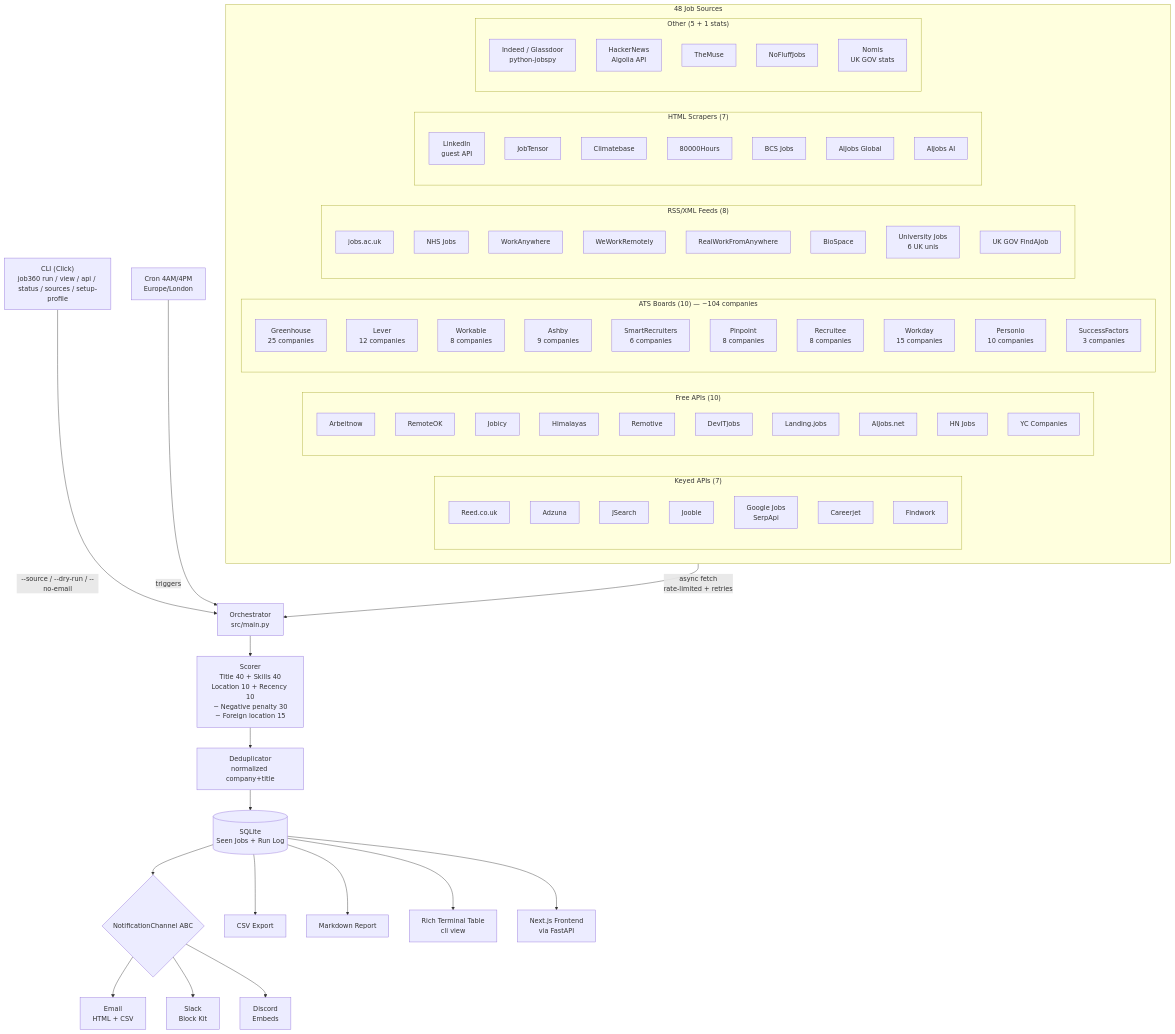
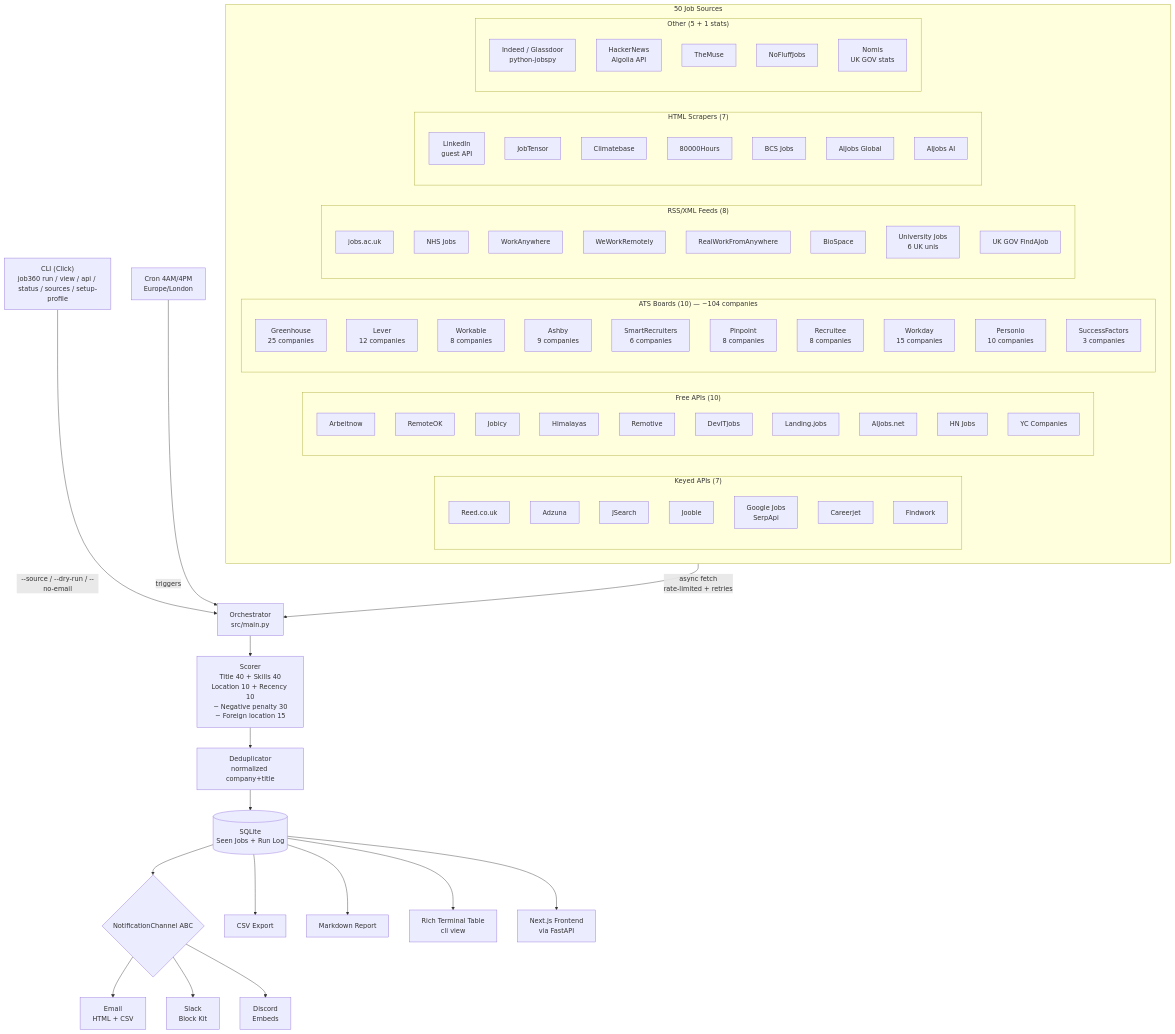
Before and after one commit to Ranjith36963/enterprise-mcp-hub: the diagram in README.md, drawn with Mermaid. The commit also changed other lines of this file and 44 other files, not shown here.

```diff
--- a/README.md
+++ b/README.md
@@ -9,7 +13,7 @@
     CLI["CLI (Click)\njob360 run / view / api / status / sources / setup-profile"]
     Cron["Cron 4AM/4PM\nEurope/London"]
 
-    subgraph Sources["48 Job Sources"]
+    subgraph Sources["50 Job Sources"]
         direction LR
         subgraph Keyed["Keyed APIs (7)"]
             A1[Reed.co.uk]
```
